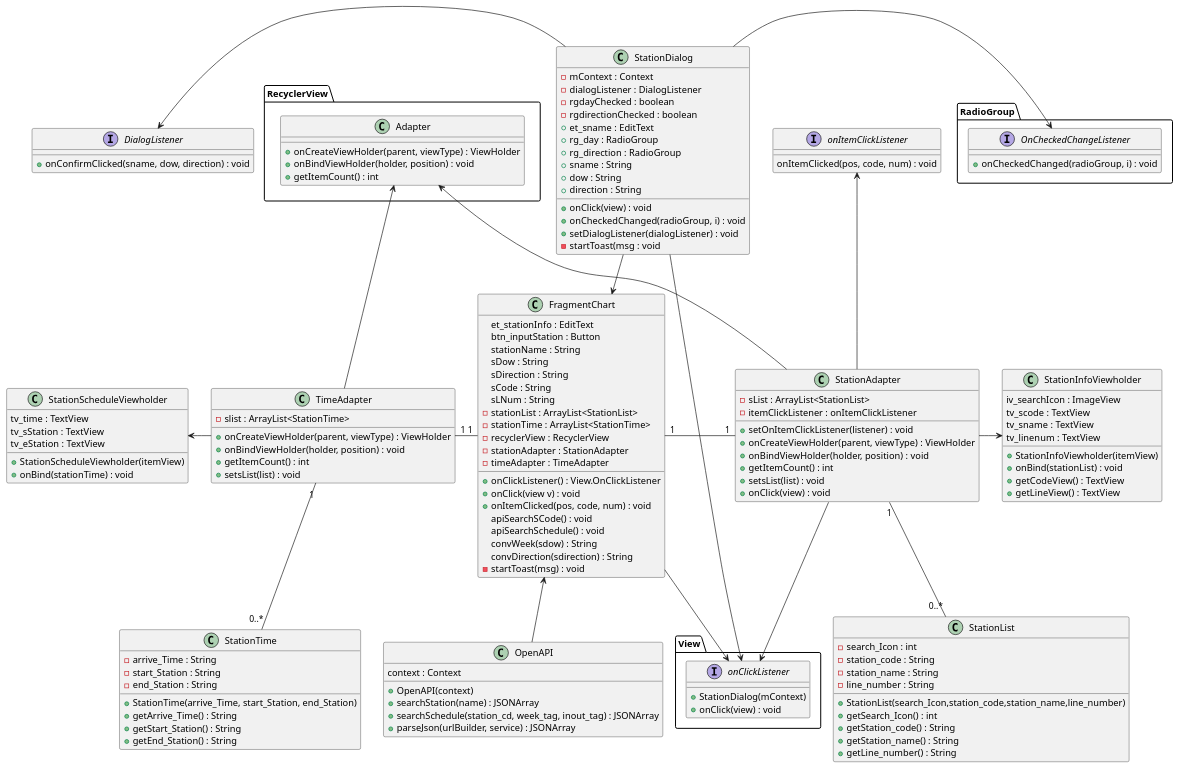
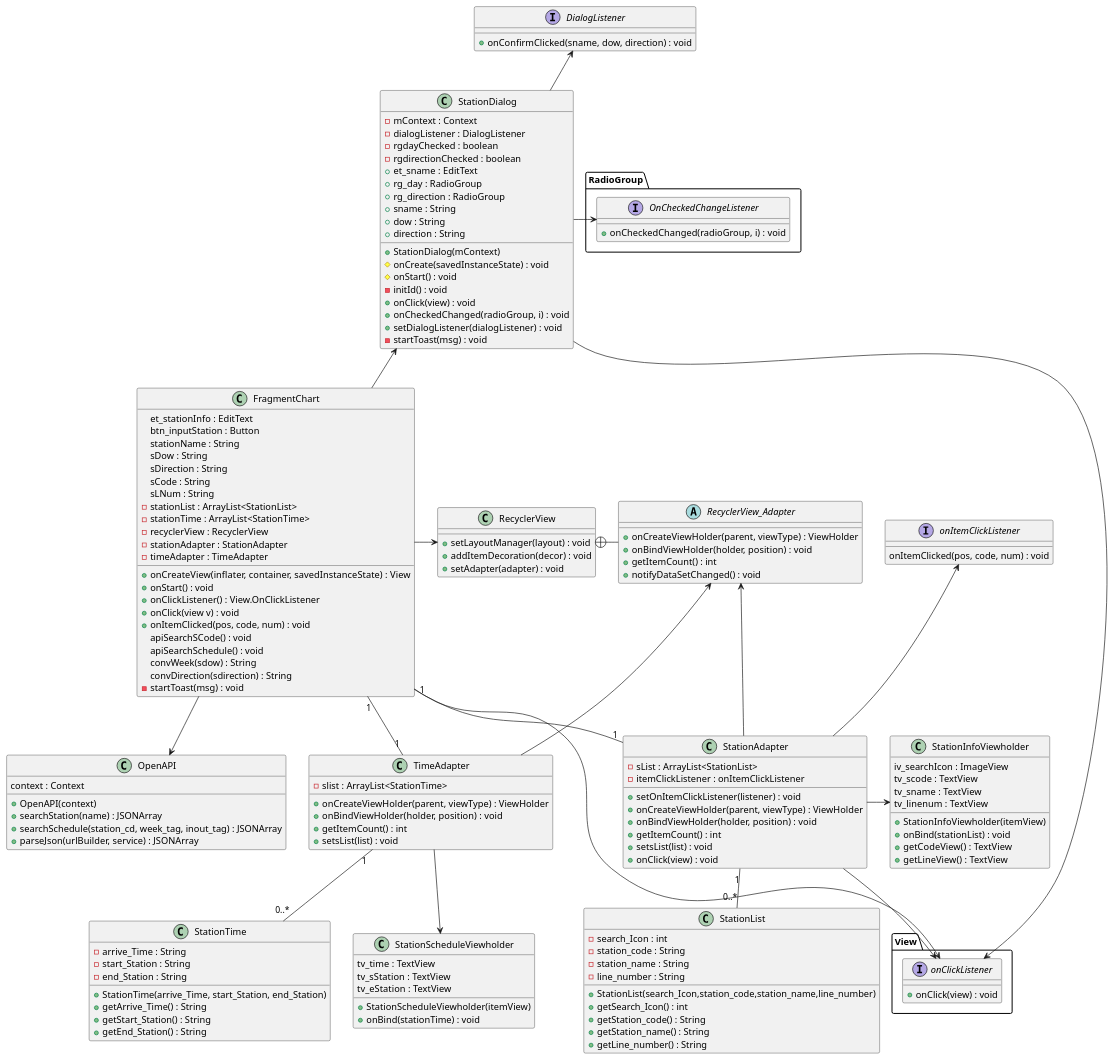
The diagram in app/src/main/java/com/daejin/subwayapp/diagram/ChartC.puml (CherryIntoSpace/SubwayApp), drawn with PlantUML before and after one commit. The commit also changed 14 other files, not shown here.

```diff
--- a/app/src/main/java/com/daejin/subwayapp/diagram/ChartC.puml
+++ b/app/src/main/java/com/daejin/subwayapp/diagram/ChartC.puml
@@ -1,159 +1,169 @@
 @startuml
-together {
-    class RecyclerView.Adapter
-    class onItemClickListener
-    class StationDialog
-}
-FragmentChart <-down- OpenAPI
-StationDialog --> FragmentChart
+RecyclerView +- RecyclerView_Adapter
+FragmentChart -down-> OpenAPI
+FragmentChart -> RecyclerView
+StationDialog <-- FragmentChart
 StationDialog --> View.onClickListener
 FragmentChart "1"-"1" StationAdapter
 FragmentChart --> View.onClickListener
 TimeAdapter "1"-"1" FragmentChart
 StationAdapter --> View.onClickListener
 
-RecyclerView.Adapter <-- StationAdapter
-RecyclerView.Adapter <-- TimeAdapter
+RecyclerView_Adapter <-- StationAdapter
+RecyclerView_Adapter <-- TimeAdapter
 StationAdapter -> StationInfoViewholder
 StationAdapter "1"--"0..*" StationList
 onItemClickListener <-- StationAdapter
 
 TimeAdapter "1"--"0..*" StationTime
-StationScheduleViewholder <- TimeAdapter
+TimeAdapter --> StationScheduleViewholder
 
-StationDialog -left-> DialogListener
-StationDialog -left-> RadioGroup.OnCheckedChangeListener
+StationDialog -l-> DialogListener
+StationDialog -l-> RadioGroup.OnCheckedChangeListener
+DialogListener -[hidden]down-RadioGroup.OnCheckedChangeListener
 
 class FragmentChart {
     et_stationInfo : EditText
     btn_inputStation : Button
     stationName : String
     sDow : String
     sDirection : String
     sCode : String
     sLNum : String
     -stationList : ArrayList<StationList>
     -stationTime : ArrayList<StationTime>
     -recyclerView : RecyclerView
     -stationAdapter : StationAdapter
     -timeAdapter : TimeAdapter
 
+    +onCreateView(inflater, container, savedInstanceState) : View
+    +onStart() : void
     +onClickListener() : View.OnClickListener
     +onClick(view v) : void
     +onItemClicked(pos, code, num) : void
     apiSearchSCode() : void
     apiSearchSchedule() : void
     convWeek(sdow) : String
     convDirection(sdirection) : String
     -startToast(msg) : void
 }
 
 class StationDialog {
     -mContext : Context
     -dialogListener : DialogListener
     -rgdayChecked : boolean
     -rgdirectionChecked : boolean
     +et_sname : EditText
     +rg_day : RadioGroup
     +rg_direction : RadioGroup
     +sname : String
     +dow : String
     +direction : String
 
+    +StationDialog(mContext)
+    #onCreate(savedInstanceState) : void
+    #onStart() : void
+    -initId() : void
     +onClick(view) : void
     +onCheckedChanged(radioGroup, i) : void
     +setDialogListener(dialogListener) : void
-    -startToast(msg : void
+    -startToast(msg) : void
 }
 interface DialogListener {
     +onConfirmClicked(sname, dow, direction) : void
 }
 interface RadioGroup.OnCheckedChangeListener {
     +onCheckedChanged(radioGroup, i) : void
 }
 interface View.onClickListener{
-    +StationDialog(mContext)
     +onClick(view) : void
 }
 interface onItemClickListener{
     onItemClicked(pos, code, num) : void
 }
-class RecyclerView.Adapter{
+
+class RecyclerView {
+    +setLayoutManager(layout) : void
+    +addItemDecoration(decor) : void
+    +setAdapter(adapter) : void
+}
+abstract class RecyclerView_Adapter{
     +onCreateViewHolder(parent, viewType) : ViewHolder
     +onBindViewHolder(holder, position) : void
     +getItemCount() : int
+    +notifyDataSetChanged() : void
 }
 class StationAdapter{
     -sList : ArrayList<StationList>
     -itemClickListener : onItemClickListener
 
     +setOnItemClickListener(listener) : void
     +onCreateViewHolder(parent, viewType) : ViewHolder
     +onBindViewHolder(holder, position) : void
     +getItemCount() : int
     +setsList(list) : void
     +onClick(view) : void
 }
 class StationInfoViewholder {
     iv_searchIcon : ImageView
     tv_scode : TextView
     tv_sname : TextView
     tv_linenum : TextView
 
     +StationInfoViewholder(itemView)
     +onBind(stationList) : void
     +getCodeView() : TextView
     +getLineView() : TextView
 }
 class StationList{
 
     -search_Icon : int
     -station_code : String
     -station_name : String
     -line_number : String
 
     +StationList(search_Icon,station_code,station_name,line_number)
     +getSearch_Icon() : int
     +getStation_code() : String
     +getStation_name() : String
     +getLine_number() : String
 }
 
 class TimeAdapter{
     -slist : ArrayList<StationTime>
 
     +onCreateViewHolder(parent, viewType) : ViewHolder
     +onBindViewHolder(holder, position) : void
     +getItemCount() : int
     +setsList(list) : void
 }
 class StationScheduleViewholder {
     tv_time : TextView
     tv_sStation : TextView
     tv_eStation : TextView
 
     +StationScheduleViewholder(itemView)
     +onBind(stationTime) : void
 }
 class StationTime{
     -arrive_Time : String
     -start_Station : String
     -end_Station : String
 
     +StationTime(arrive_Time, start_Station, end_Station)
     +getArrive_Time() : String
     +getStart_Station() : String
     +getEnd_Station() : String
 }
 
 class OpenAPI {
     context : Context
 
     +OpenAPI(context)
     +searchStation(name) : JSONArray
     +searchSchedule(station_cd, week_tag, inout_tag) : JSONArray
     +parseJson(urlBuilder, service) : JSONArray
 }
 
 
 @enduml
```
